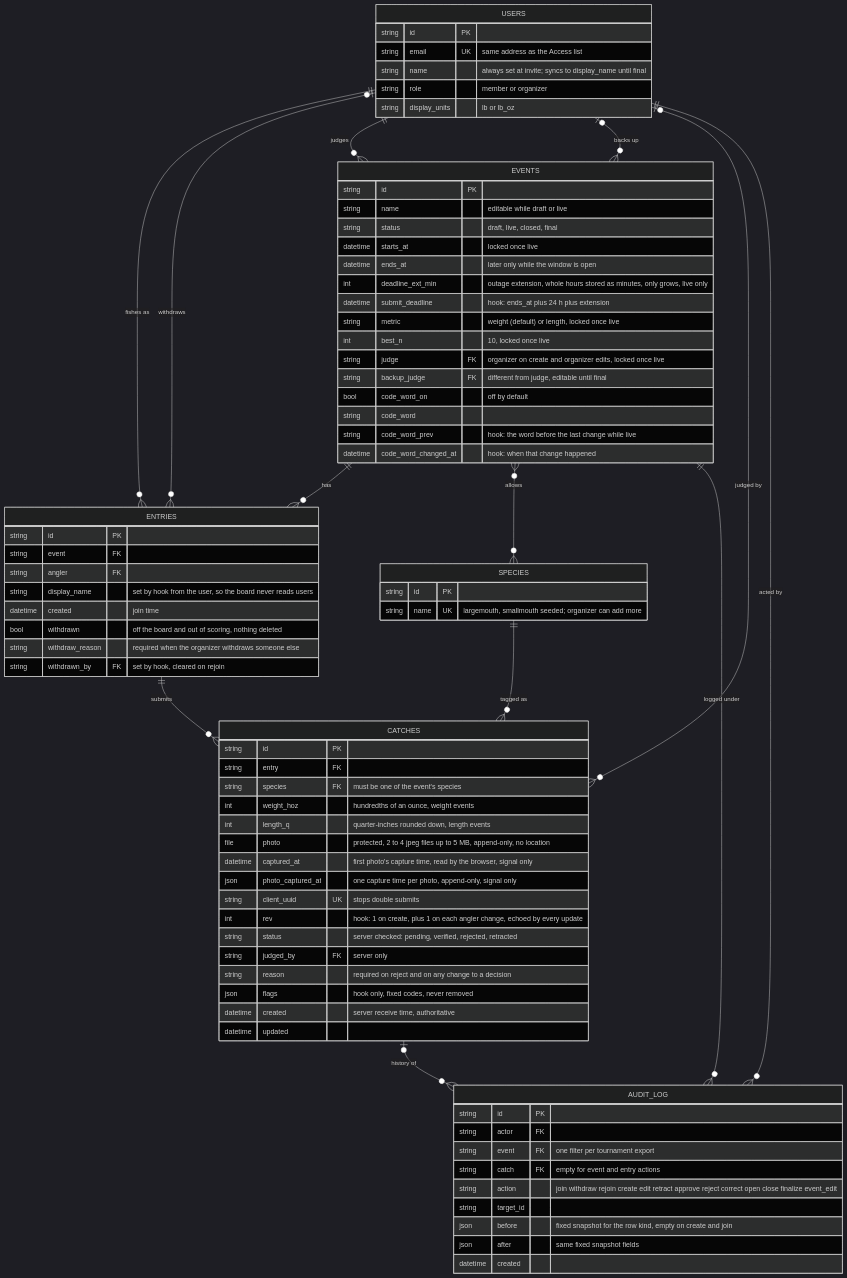
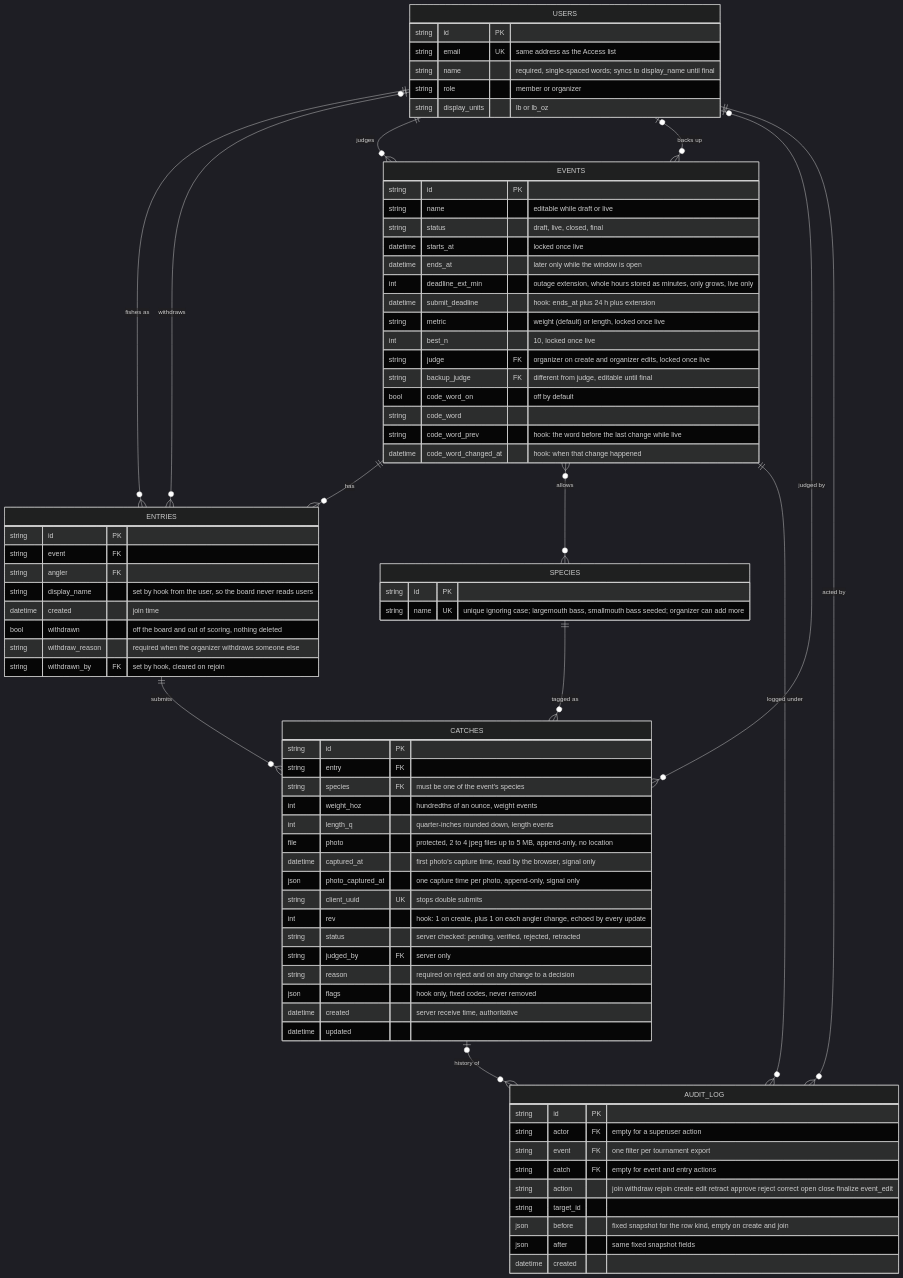
The second of 5 diagrams in docs/architecture.md (KaydenCouldBeBetter/Streiff-Seas), drawn with Mermaid (dark theme) before and after one commit. The commit also changed 5 other files, not shown here.

Commit message:
Docs: M0-02 schema calls (decisions rows, Open items #15-#16, security.md v0.10, screens.md v0.8, CLAUDE.md test rule)

```diff
--- a/docs/architecture.md
+++ b/docs/architecture.md
@@ -90,7 +90,7 @@
   USERS {
     string id PK
     string email UK "same address as the Access list"
-    string name "always set at invite; syncs to display_name until final"
+    string name "required, single-spaced words; syncs to display_name until final"
     string role "member or organizer"
     string display_units "lb or lb_oz"
   }
@@ -113,7 +113,7 @@
   }
   SPECIES {
     string id PK
-    string name UK "largemouth, smallmouth seeded; organizer can add more"
+    string name UK "unique ignoring case; largemouth bass, smallmouth bass seeded; organizer can add more"
   }
   ENTRIES {
     string id PK
@@ -145,7 +145,7 @@
   }
   AUDIT_LOG {
     string id PK
-    string actor FK
+    string actor FK "empty for a superuser action"
     string event FK "one filter per tournament export"
     string catch FK "empty for event and entry actions"
     string action "join withdraw rejoin create edit retract approve reject correct open close finalize event_edit"
```
